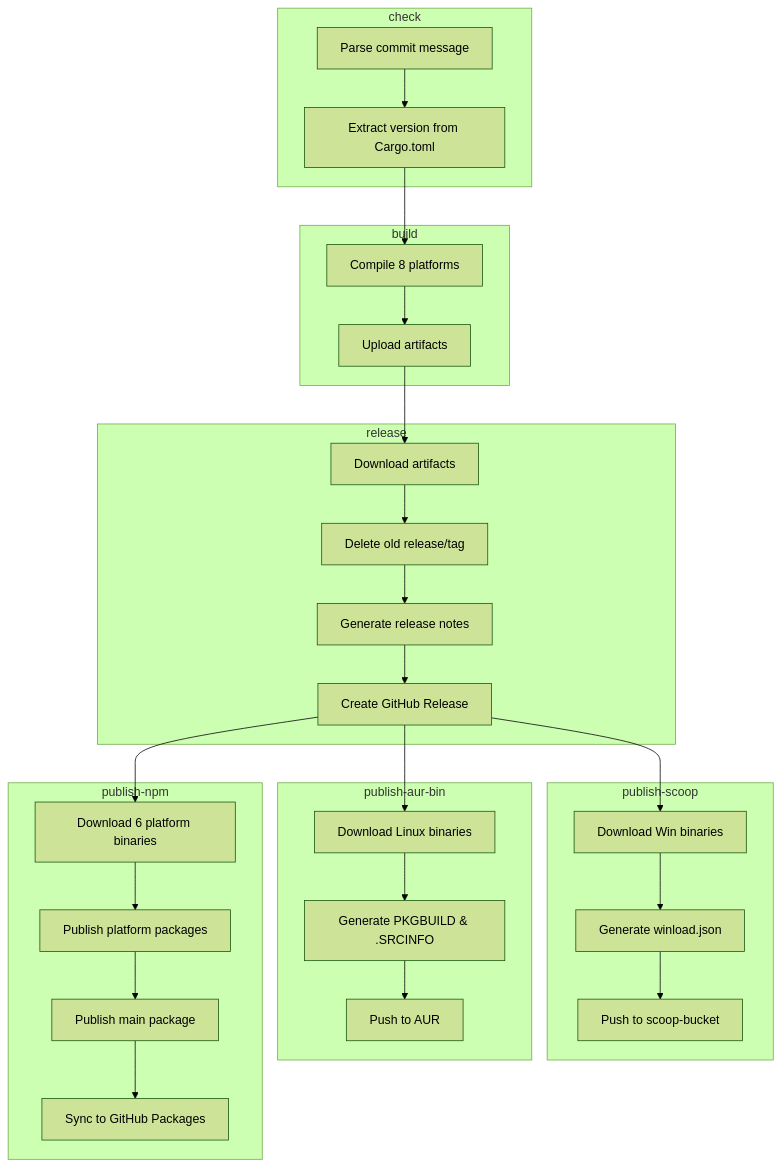
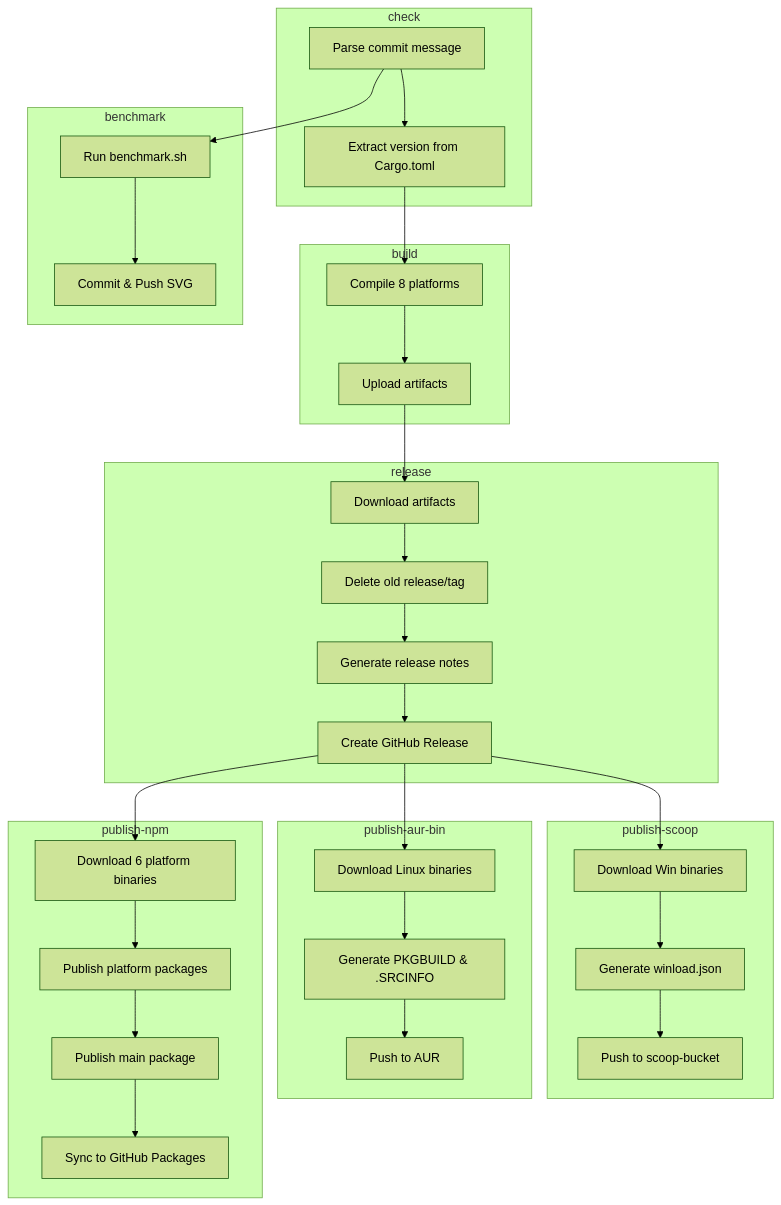
Before and after one commit to VincentZyu233/winload_ForMiWifiRouter3G: the diagram in .github/workflows/build.md, drawn with Mermaid (forest theme). The commit also changed other lines of this file and 18 other files, not shown here.

````diff
--- a/.github/workflows/build.md
+++ b/.github/workflows/build.md
@@ -130,50 +138,57 @@
 ```mermaid
 flowchart TB
     subgraph check["check"]
         C1[Parse commit message]
         C2[Extract version from Cargo.toml]
     end
     
     subgraph build["build"]
         B1[Compile 8 platforms]
         B2[Upload artifacts]
     end
     
     subgraph release["release"]
         R1[Download artifacts]
         R2[Delete old release/tag]
         R3[Generate release notes]
         R4[Create GitHub Release]
     end
     
     subgraph scoop["publish-scoop"]
         S1[Download Win binaries]
         S2[Generate winload.json]
         S3[Push to scoop-bucket]
     end
     
     subgraph aur["publish-aur-bin"]
         A1[Download Linux binaries]
         A2[Generate PKGBUILD & .SRCINFO]
         A3[Push to AUR]
     end
     
     subgraph npm["publish-npm"]
         N1[Download 6 platform binaries]
         N2[Publish platform packages]
         N3[Publish main package]
         N4[Sync to GitHub Packages]
     end
     
+    subgraph benchmark["benchmark"]
+        BM1[Run benchmark.sh]
+        BM2[Commit & Push SVG]
+    end
+
     C1 --> C2
     C2 --> B1
+    C1 --> BM1
+    BM1 --> BM2
     B1 --> B2
     B2 --> R1
     R1 --> R2 --> R3 --> R4
     R4 --> S1
     S1 --> S2 --> S3
     R4 --> A1
     A1 --> A2 --> A3
     R4 --> N1
     N1 --> N2 --> N3 --> N4
 ```
````
